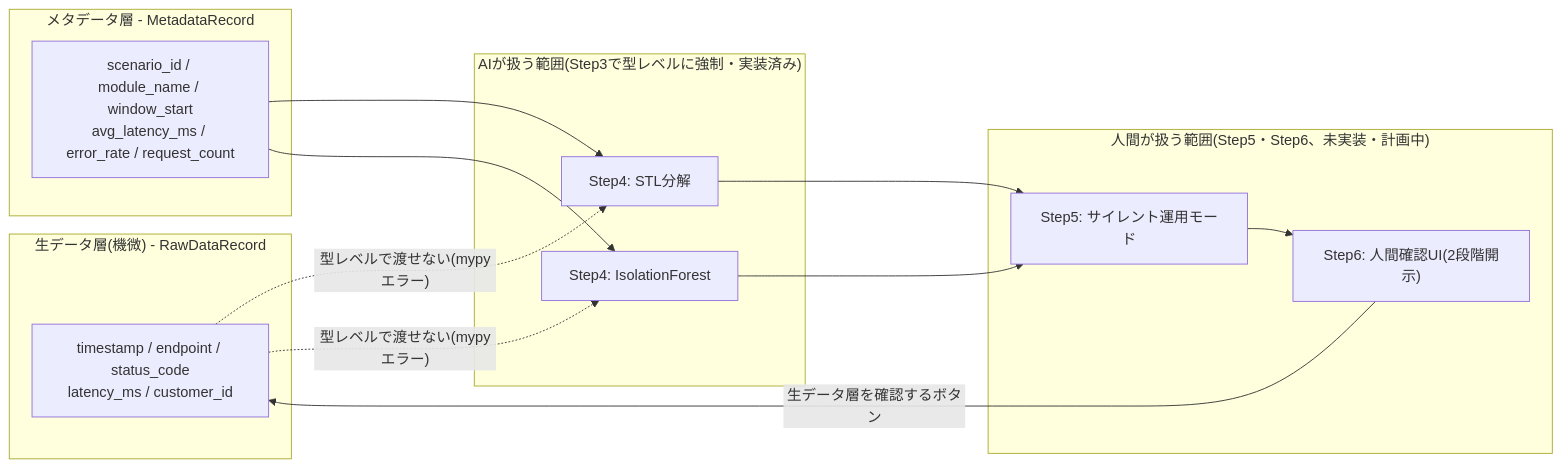
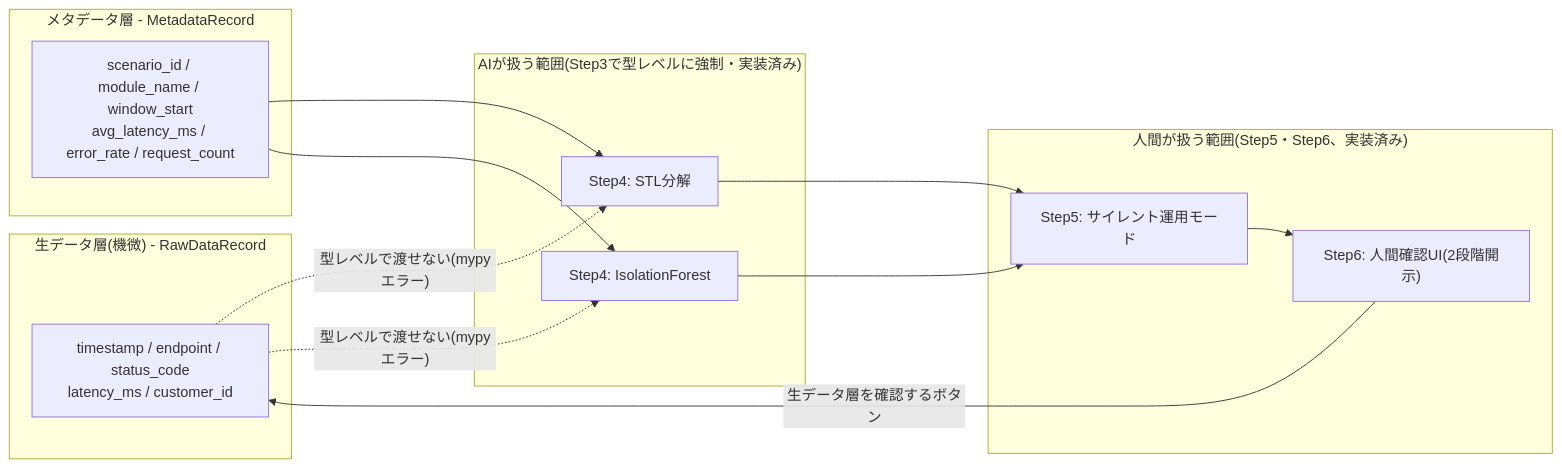
Before and after one commit to yuninaka/log-anomaly-detection-poc: the first of 2 diagrams in README.md, drawn with Mermaid. The commit also changed other lines of this file and 9 other files, not shown here.

````diff
--- a/README.md
+++ b/README.md
@@ -14,26 +14,26 @@
 ```mermaid
 flowchart LR
     subgraph RAW["生データ層(機微) - RawDataRecord"]
         R1["timestamp / endpoint / status_code<br/>latency_ms / customer_id"]
     end
     subgraph META["メタデータ層 - MetadataRecord"]
         M1["scenario_id / module_name / window_start<br/>avg_latency_ms / error_rate / request_count"]
     end
     subgraph AI["AIが扱う範囲(Step3で型レベルに強制・実装済み)"]
         STL["Step4: STL分解"]
         IF["Step4: IsolationForest"]
     end
-    subgraph HUMAN["人間が扱う範囲(Step5・Step6、未実装・計画中)"]
+    subgraph HUMAN["人間が扱う範囲(Step5・Step6、実装済み)"]
         SILENT["Step5: サイレント運用モード"]
         UI["Step6: 人間確認UI(2段階開示)"]
     end
 
     R1 -.->|"型レベルで渡せない(mypyエラー)"| STL
     R1 -.->|"型レベルで渡せない(mypyエラー)"| IF
     M1 --> STL
     M1 --> IF
     STL --> SILENT
     IF --> SILENT
     SILENT --> UI
     UI -->|"生データ層を確認するボタン"| R1
 ```
````
